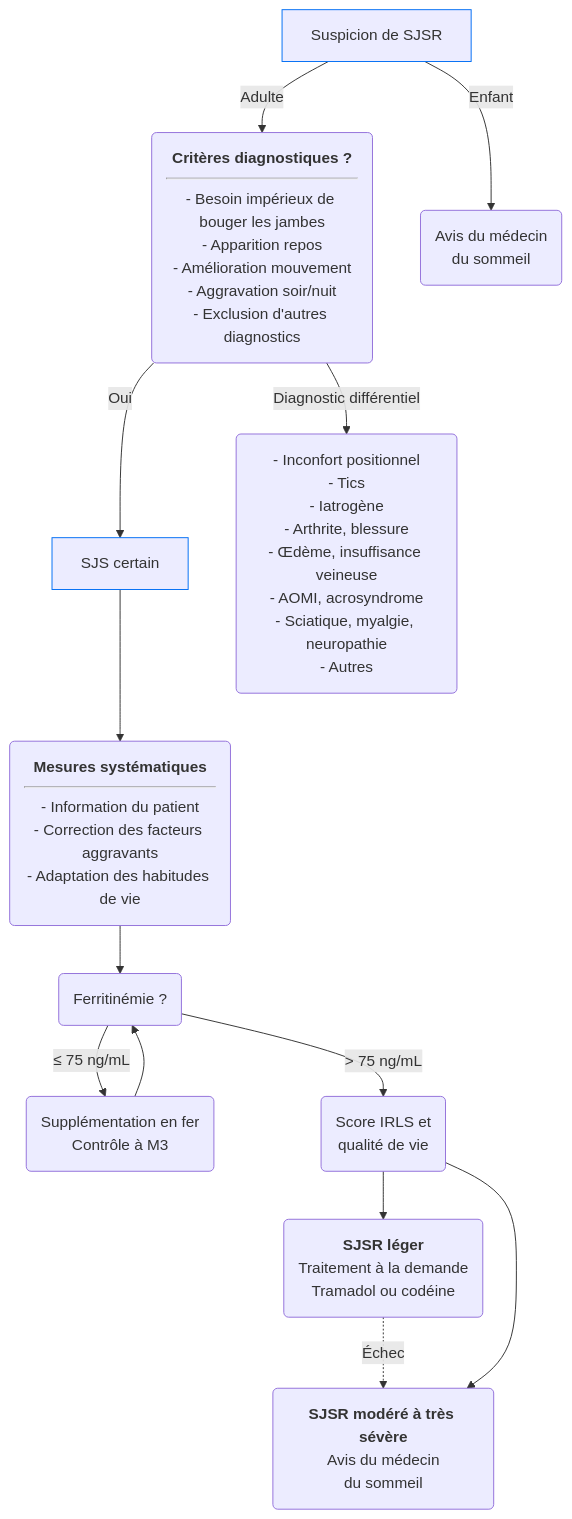
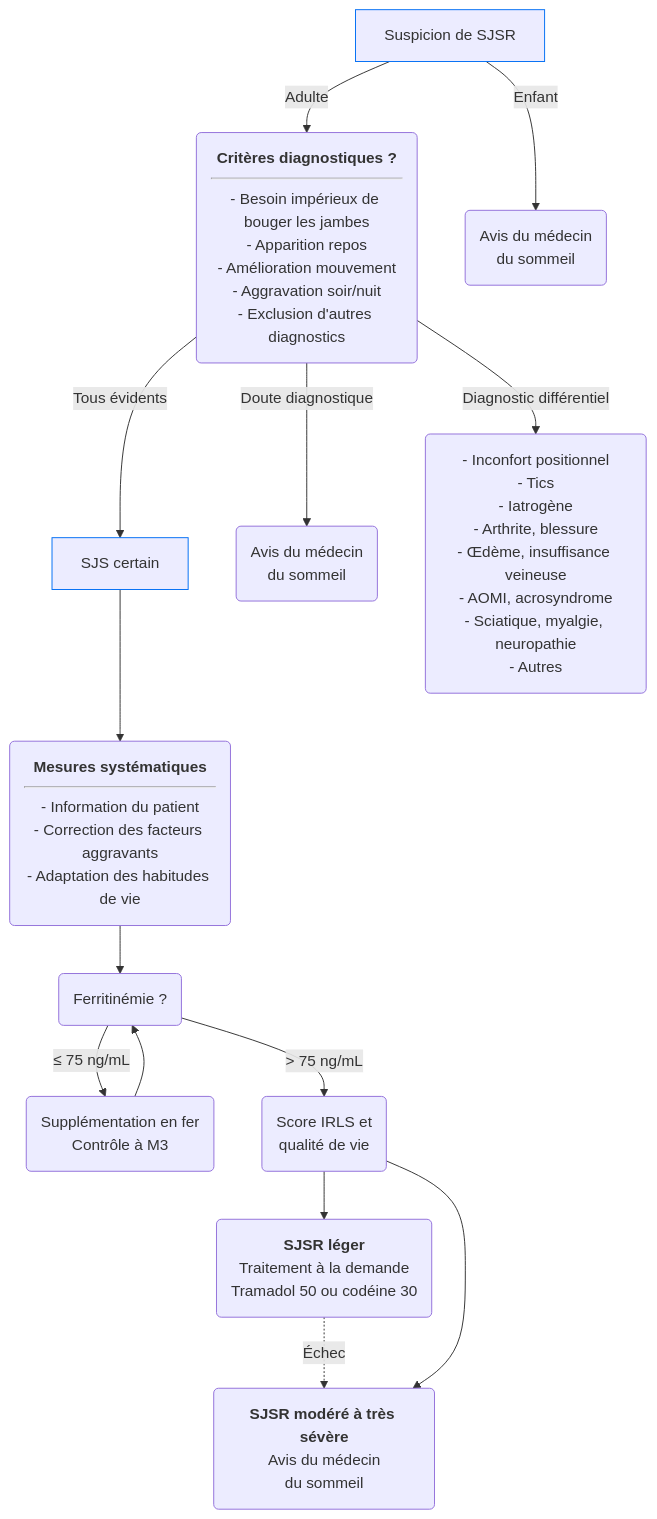
One commit to djibe/recommandations-medicales changed the diagram in content/recommandations/syndrome-jambes-sans-repos.md. Above: the diagram before and after it, drawn with Mermaid. The commit also changed other lines of this file and 2 other files, not shown here.

```diff
--- a/content/recommandations/syndrome-jambes-sans-repos.md
+++ b/content/recommandations/syndrome-jambes-sans-repos.md
@@ -409,19 +414,20 @@
 {{< mermaid title="Conduite à tenir devant une suspicion de syndrome des jambes sans repos. Dr JB FRON d'après SFRMS 2019" >}}
 graph TB
   suspSJSR[Suspicion de SJSR]
   style suspSJSR stroke:#006ef4, stroke-width:1px
     suspSJSR -- Adulte --> criteres("<b>Critères diagnostiques ?</b><hr>- Besoin impérieux de bouger les jambes<br>- Apparition repos<br>- Amélioration mouvement<br>- Aggravation soir/nuit<br>- Exclusion d'autres diagnostics")
-      criteres -- Oui --> SJSR[SJS certain]
+      criteres -- Tous évidents --> SJSR[SJS certain]
+      criteres -- Doute diagnostique --> avis3(Avis du médecin<br>du sommeil)
       style SJSR stroke:#006ef4, stroke-width:1px
         SJSR --> RHD("<b>Mesures systématiques</b><hr>- Information du patient<br>- Correction des facteurs aggravants<br>- Adaptation des habitudes de vie")
           RHD --> ferritine(Ferritinémie ?)
             ferritine -- "&le; 75 ng/mL" --> correction(Supplémentation en fer<br>Contrôle à M3)
               correction --> ferritine
             ferritine -- "&gt; 75 ng/mL" --> IRLS(Score IRLS et<br>qualité de vie)
-              IRLS --> leger(<b>SJSR léger</b><br>Traitement à la demande<br>Tramadol ou codéine)
+              IRLS --> leger(<b>SJSR léger</b><br>Traitement à la demande<br>Tramadol 50 ou codéine 30)
                 leger -. Échec .-> avis2
               IRLS --> avis2(<b>SJSR modéré à très sévère</b><br>Avis du médecin<br>du sommeil)
       criteres -- Diagnostic différentiel --> differentiel("- Inconfort positionnel<br>- Tics<br>- Iatrogène<br>- Arthrite, blessure<br>- Œdème, insuffisance veineuse<br>- AOMI, acrosyndrome<br>- Sciatique, myalgie, neuropathie<br>- Autres")
     suspSJSR -- Enfant --> avis1(Avis du médecin<br>du sommeil)
 
 {{< /mermaid >}}
```
